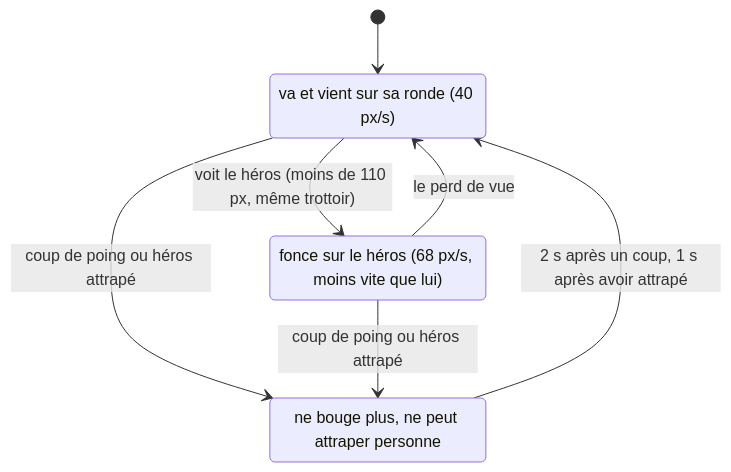
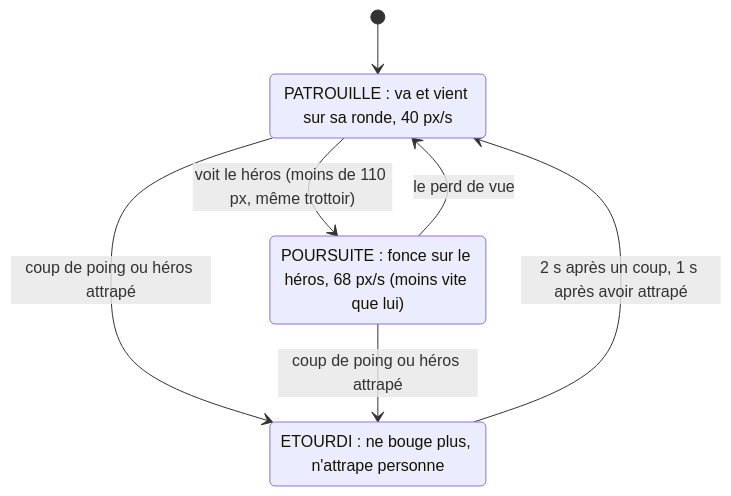
The fourth of 6 diagrams in UML.md (Abdallah94212/get-a-job), drawn with Mermaid before and after one commit.

Commit message:
UML : le diagramme du racketteur montre le nom de chaque etat

````diff
--- a/UML.md
+++ b/UML.md
@@ -308,13 +308,13 @@
 ```mermaid
 stateDiagram-v2
+    state "PATROUILLE : va et vient sur sa ronde, 40 px/s" as PATROUILLE
+    state "POURSUITE : fonce sur le héros, 68 px/s (moins vite que lui)" as POURSUITE
+    state "ETOURDI : ne bouge plus, n'attrape personne" as ETOURDI
     [*] --> PATROUILLE
     PATROUILLE --> POURSUITE : voit le héros (moins de 110 px, même trottoir)
     POURSUITE --> PATROUILLE : le perd de vue
     PATROUILLE --> ETOURDI : coup de poing ou héros attrapé
     POURSUITE --> ETOURDI : coup de poing ou héros attrapé
     ETOURDI --> PATROUILLE : 2 s après un coup, 1 s après avoir attrapé
 
-    PATROUILLE : va et vient sur sa ronde (40 px/s)
-    POURSUITE : fonce sur le héros (68 px/s, moins vite que lui)
-    ETOURDI : ne bouge plus, ne peut attraper personne
 ```
````
